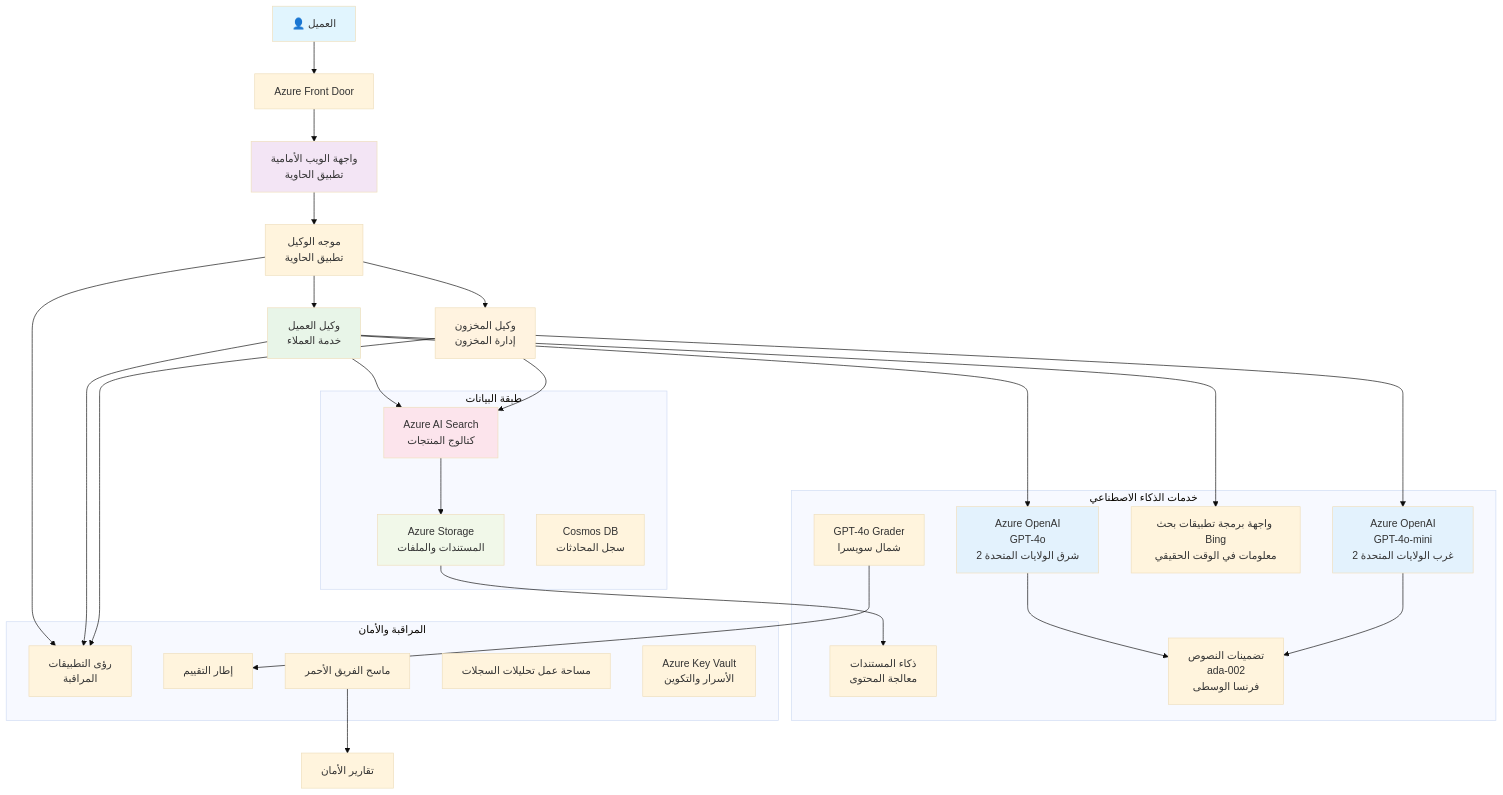
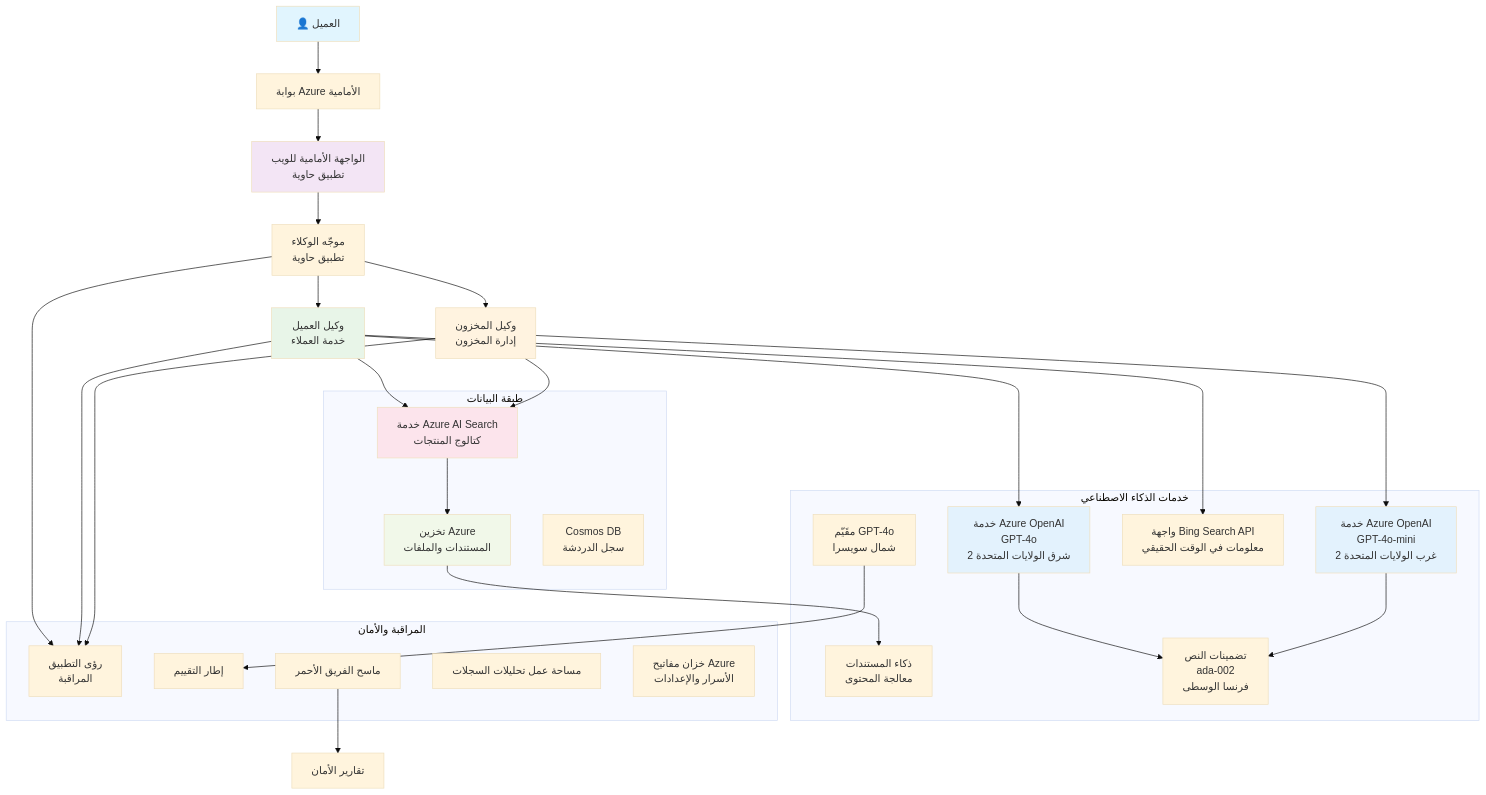
The diagram in translations/ar/examples/retail-scenario.md (microsoft/AZD-for-beginners), drawn with Mermaid (base theme) before and after one commit. The commit also changed other lines of this file and 242 other files, not shown here.

````diff
--- a/translations/ar/examples/retail-scenario.md
+++ b/translations/ar/examples/retail-scenario.md
@@ -148,61 +139,61 @@
 ```mermaid
 graph TB
-    User[👤 العميل] --> LB[Azure Front Door]
-    LB --> WebApp[واجهة الويب الأمامية<br/>تطبيق الحاوية]
+    User[👤 العميل] --> LB[بوابة Azure الأمامية]
+    LB --> WebApp[الواجهة الأمامية للويب<br/>تطبيق حاوية]
     
-    WebApp --> Router[موجه الوكيل<br/>تطبيق الحاوية]
+    WebApp --> Router[موجّه الوكلاء<br/>تطبيق حاوية]
     Router --> CustomerAgent[وكيل العميل<br/>خدمة العملاء]
     Router --> InvAgent[وكيل المخزون<br/>إدارة المخزون]
     
-    CustomerAgent --> OpenAI1[Azure OpenAI<br/>GPT-4o<br/>شرق الولايات المتحدة 2]
-    InvAgent --> OpenAI2[Azure OpenAI<br/>GPT-4o-mini<br/>غرب الولايات المتحدة 2]
+    CustomerAgent --> OpenAI1[خدمة Azure OpenAI<br/>GPT-4o<br/>شرق الولايات المتحدة 2]
+    InvAgent --> OpenAI2[خدمة Azure OpenAI<br/>GPT-4o-mini<br/>غرب الولايات المتحدة 2]
     
-    CustomerAgent --> AISearch[Azure AI Search<br/>كتالوج المنتجات]
-    CustomerAgent --> BingSearch[واجهة برمجة تطبيقات بحث Bing<br/>معلومات في الوقت الحقيقي]
+    CustomerAgent --> AISearch[خدمة Azure AI Search<br/>كتالوج المنتجات]
+    CustomerAgent --> BingSearch[واجهة Bing Search API<br/>معلومات في الوقت الحقيقي]
     InvAgent --> AISearch
     
-    AISearch --> Storage[Azure Storage<br/>المستندات والملفات]
+    AISearch --> Storage[تخزين Azure<br/>المستندات والملفات]
     Storage --> DocIntel[ذكاء المستندات<br/>معالجة المحتوى]
     
-    OpenAI1 --> Embeddings[تضمينات النصوص<br/>ada-002<br/>فرنسا الوسطى]
+    OpenAI1 --> Embeddings[تضمينات النص<br/>ada-002<br/>فرنسا الوسطى]
     OpenAI2 --> Embeddings
     
-    Router --> AppInsights[رؤى التطبيقات<br/>المراقبة]
+    Router --> AppInsights[رؤى التطبيق<br/>المراقبة]
     CustomerAgent --> AppInsights
     InvAgent --> AppInsights
     
-    GraderModel[GPT-4o Grader<br/>شمال سويسرا] --> Evaluation[إطار التقييم]
+    GraderModel[مقَيّم GPT-4o<br/>شمال سويسرا] --> Evaluation[إطار التقييم]
     RedTeam[ماسح الفريق الأحمر] --> SecurityReports[تقارير الأمان]
     
     subgraph "طبقة البيانات"
         Storage
         AISearch
-        CosmosDB[Cosmos DB<br/>سجل المحادثات]
+        CosmosDB[Cosmos DB<br/>سجل الدردشة]
     end
     
     subgraph "خدمات الذكاء الاصطناعي"
         OpenAI1
         OpenAI2
         Embeddings
         GraderModel
         DocIntel
         BingSearch
     end
     
     subgraph "المراقبة والأمان"
         AppInsights
         LogAnalytics[مساحة عمل تحليلات السجلات]
-        KeyVault[Azure Key Vault<br/>الأسرار والتكوين]
+        KeyVault[خزان مفاتيح Azure<br/>الأسرار والإعدادات]
         RedTeam
         Evaluation
     end
     
     style User fill:#e1f5fe
     style WebApp fill:#f3e5f5
     style CustomerAgent fill:#e8f5e8
     style InvAgent fill:#fff3e0
     style OpenAI1 fill:#e3f2fd
     style OpenAI2 fill:#e3f2fd
     style AISearch fill:#fce4ec
     style Storage fill:#f1f8e9
-```  
+```
````
